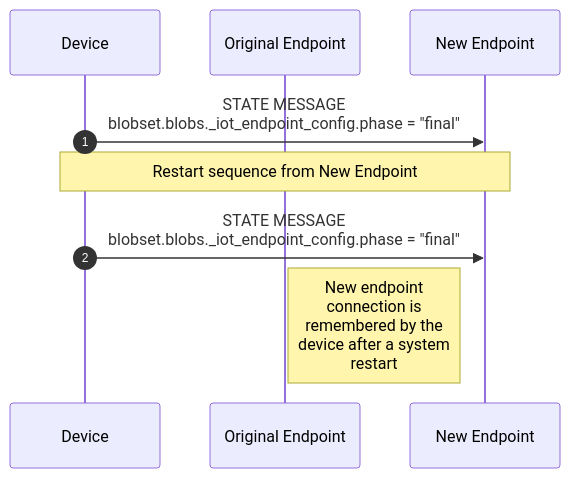
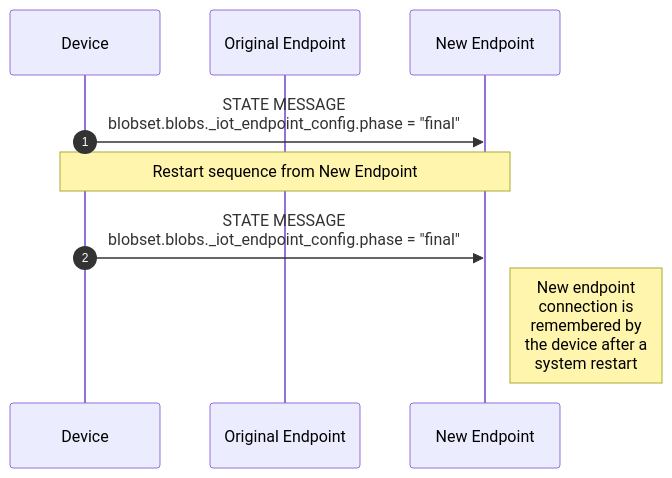
One commit to faucetsdn/udmi changed the third of 3 diagrams in docs/specs/sequences/endpoint_reconfiguration.md. Above: the diagram before and after it, drawn with Mermaid.

````diff
--- a/docs/specs/sequences/endpoint_reconfiguration.md
+++ b/docs/specs/sequences/endpoint_reconfiguration.md
@@ -62,12 +62,12 @@
 ```mermaid
 %%{wrap}%%
 sequenceDiagram
     autonumber
     participant D as Device
     participant E as Original Endpoint
     participant E' as New Endpoint
     D->>E':STATE MESSAGE<br/>blobset.blobs._iot_endpoint_config.phase = "final"
     note over D,E': Restart sequence from New Endpoint
     D->>E':STATE MESSAGE<br/>blobset.blobs._iot_endpoint_config.phase = "final"
-    note left of E': New endpoint connection is remembered by the device after a system restart
+    note right of E': New endpoint connection is remembered by the device after a system restart
 ```
````
